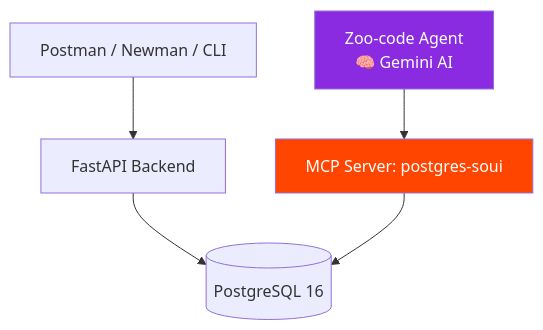
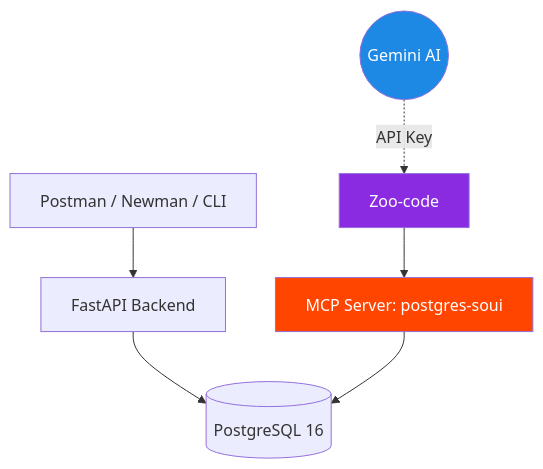
One commit to stasmeh/soui-qa-automation-hub changed the diagram in README.md. Above: the diagram before and after it, drawn with Mermaid.

Commit message:
Added Checklist

````diff
--- a/README.md
+++ b/README.md
@@ -20,10 +20,13 @@
 ```mermaid
 graph TD
     Client[Postman / Newman / CLI] --> API[FastAPI Backend]
     API --> DB[(PostgreSQL 16)]
-    Agent[Zoo-code Agent <br/> 🧠 Gemini AI] --> MCP[MCP Server: postgres-soui]
+    
+    LLM((Gemini AI)) -. API Key .-> Agent[Zoo-code]
+    Agent --> MCP[MCP Server: postgres-soui]
     MCP --> DB
     
     style Agent fill:#8A2BE2,color:#fff
+    style LLM fill:#1E88E5,color:#fff
     style MCP fill:#FF4500,color:#fff
 ```
````
